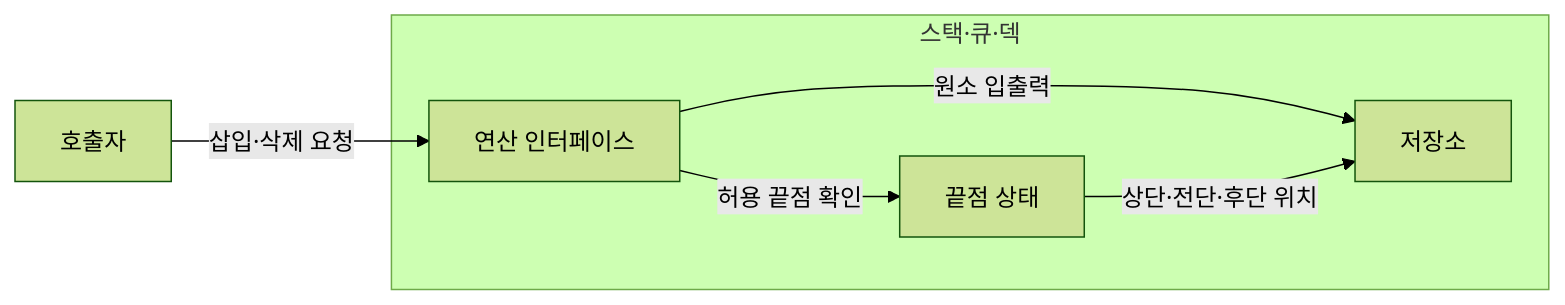
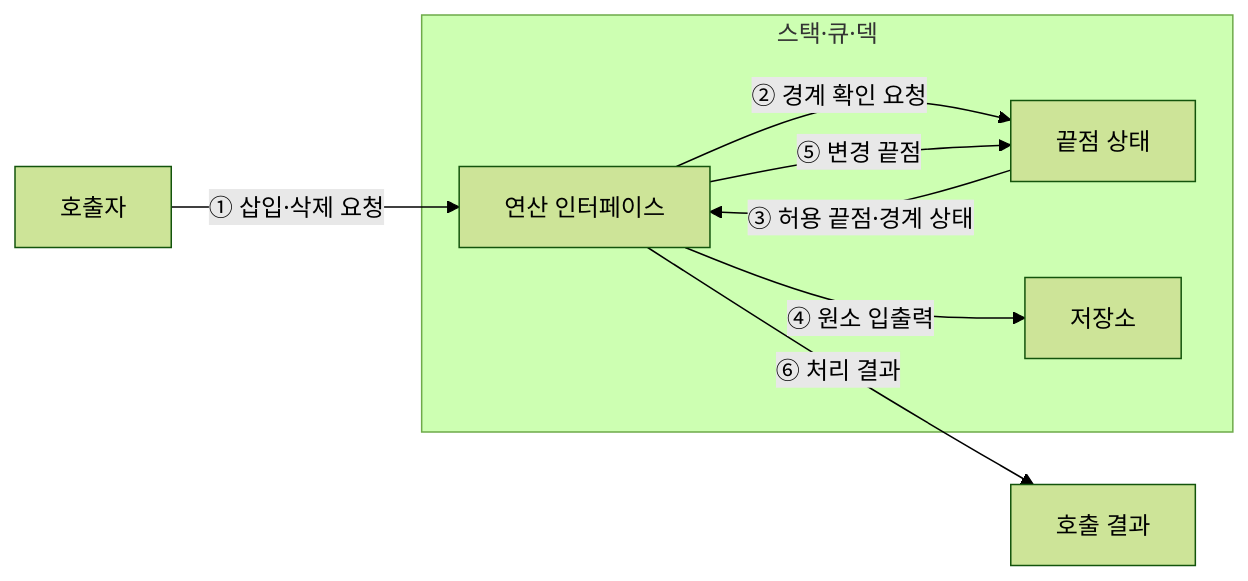
Before and after one commit to agnusdei1207/knowledge-base: the diagram in src/content/docs/notes/01-basic-theory/007_stack_queue_deque.md, drawn with Mermaid (forest theme). The commit also changed other lines of this file and 6 other files, not shown here.

````diff
--- a/src/content/docs/notes/01-basic-theory/007_stack_queue_deque.md
+++ b/src/content/docs/notes/01-basic-theory/007_stack_queue_deque.md
@@ -61,13 +58,14 @@
 ```mermaid
 flowchart LR
-    C[호출자]
+    C[호출자] -->|① 삽입·삭제 요청| I
     subgraph ADT[스택·큐·덱]
         I[연산 인터페이스]
         E[끝점 상태]
         S[저장소]
-        I -->|허용 끝점 확인| E
-        I -->|원소 입출력| S
-        E -->|상단·전단·후단 위치| S
+        I -->|② 경계 확인 요청| E
+        E -->|③ 허용 끝점·경계 상태| I
+        I -->|④ 원소 입출력| S
+        I -->|⑤ 변경 끝점| E
     end
-    C -->|삽입·삭제 요청| I
+    I -->|⑥ 처리 결과| O[호출 결과]
 ```
````
